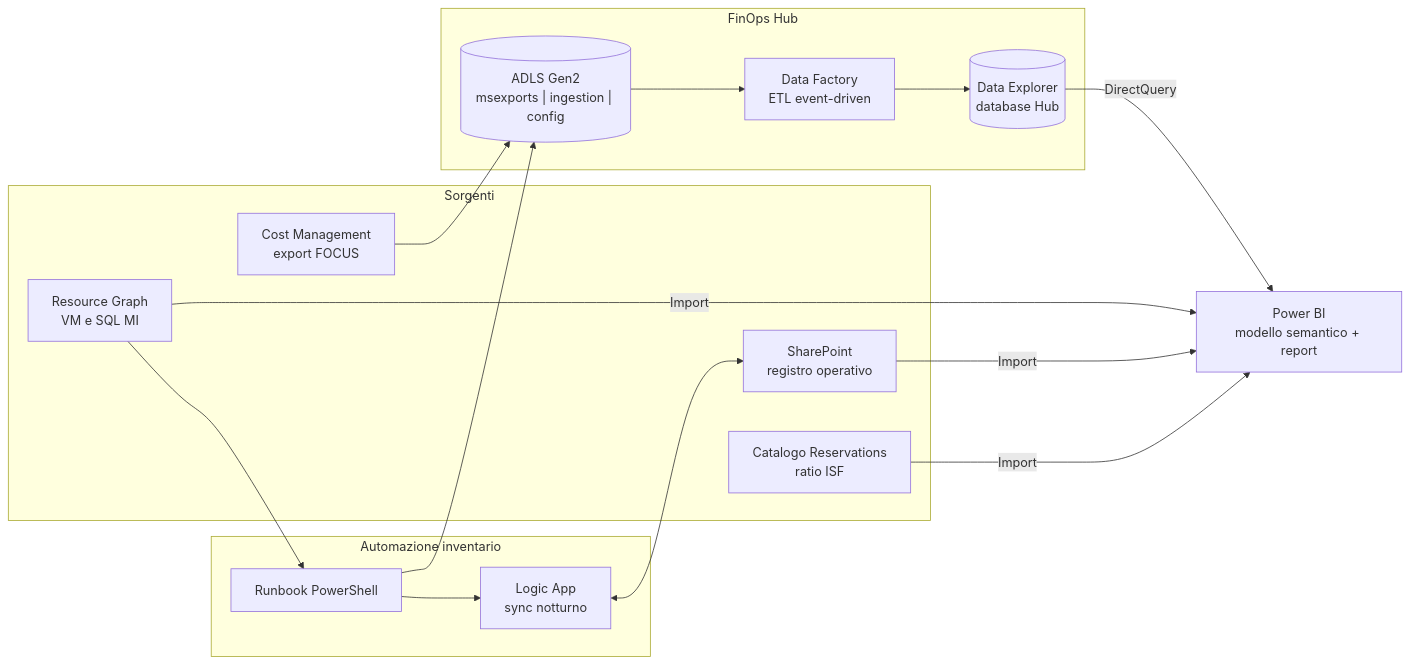
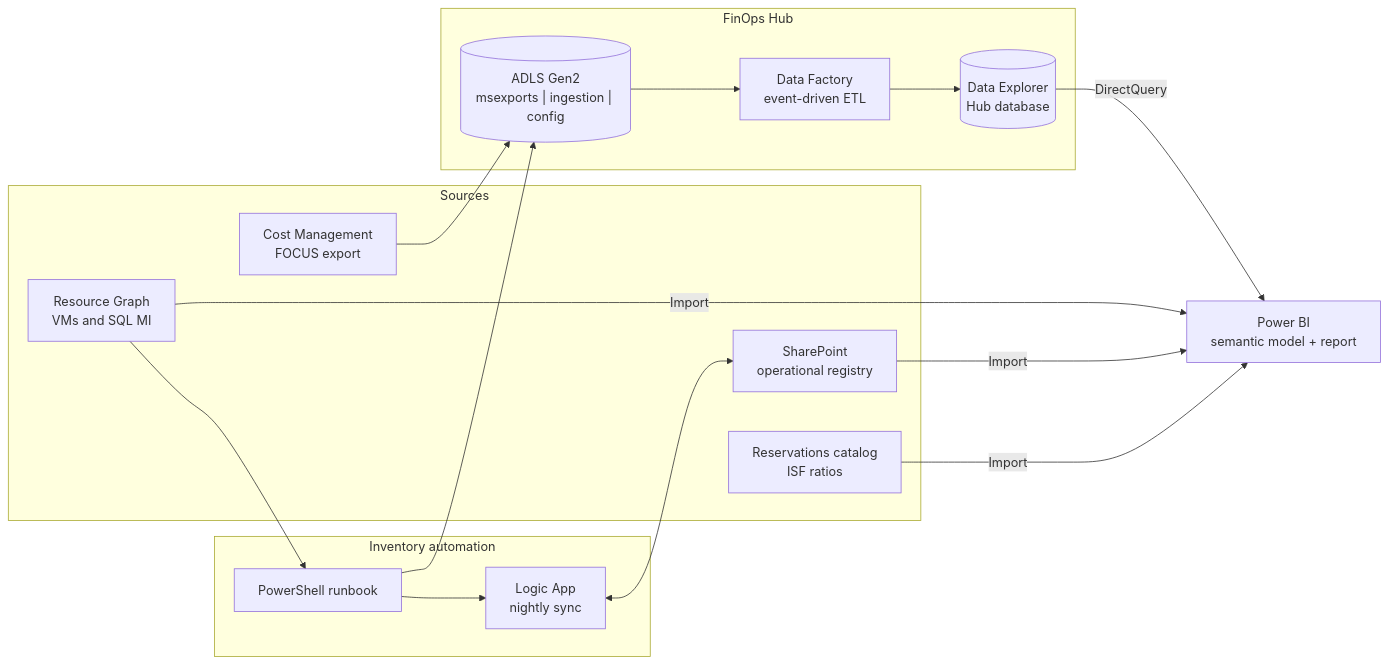
The first of 6 diagrams in README.md (HARD-bit/azure-data-platform-case-study), drawn with Mermaid before and after one commit. The commit also changed other lines of this file and 12 other files, not shown here.

Commit message:
docs: translate case study to English, add missing Logic App expressions file

````diff
--- a/README.md
+++ b/README.md
@@ -69,27 +69,27 @@
 ```mermaid
 flowchart LR
-    subgraph Src["Sorgenti"]
-        CM["Cost Management<br/>export FOCUS"]
-        ARG["Resource Graph<br/>VM e SQL MI"]
-        SPO["SharePoint<br/>registro operativo"]
-        PUB["Catalogo Reservations<br/>ratio ISF"]
+    subgraph Src["Sources"]
+        CM["Cost Management<br/>FOCUS export"]
+        ARG["Resource Graph<br/>VMs and SQL MI"]
+        SPO["SharePoint<br/>operational registry"]
+        PUB["Reservations catalog<br/>ISF ratios"]
     end
     subgraph Hub["FinOps Hub"]
         ADLS[("ADLS Gen2<br/>msexports | ingestion | config")]
-        ADF["Data Factory<br/>ETL event-driven"]
-        ADX[("Data Explorer<br/>database Hub")]
+        ADF["Data Factory<br/>event-driven ETL"]
+        ADX[("Data Explorer<br/>Hub database")]
     end
-    subgraph Auto["Automazione inventario"]
-        RB["Runbook PowerShell"]
-        LA["Logic App<br/>sync notturno"]
+    subgraph Auto["Inventory automation"]
+        RB["PowerShell runbook"]
+        LA["Logic App<br/>nightly sync"]
     end
-    PBI["Power BI<br/>modello semantico + report"]
+    PBI["Power BI<br/>semantic model + report"]
 
     CM --> ADLS --> ADF --> ADX
     ADX -- DirectQuery --> PBI
     ARG --> RB --> ADLS
     RB --> LA <--> SPO
     ARG -- Import --> PBI
     SPO -- Import --> PBI
     PUB -- Import --> PBI
 ```
````
